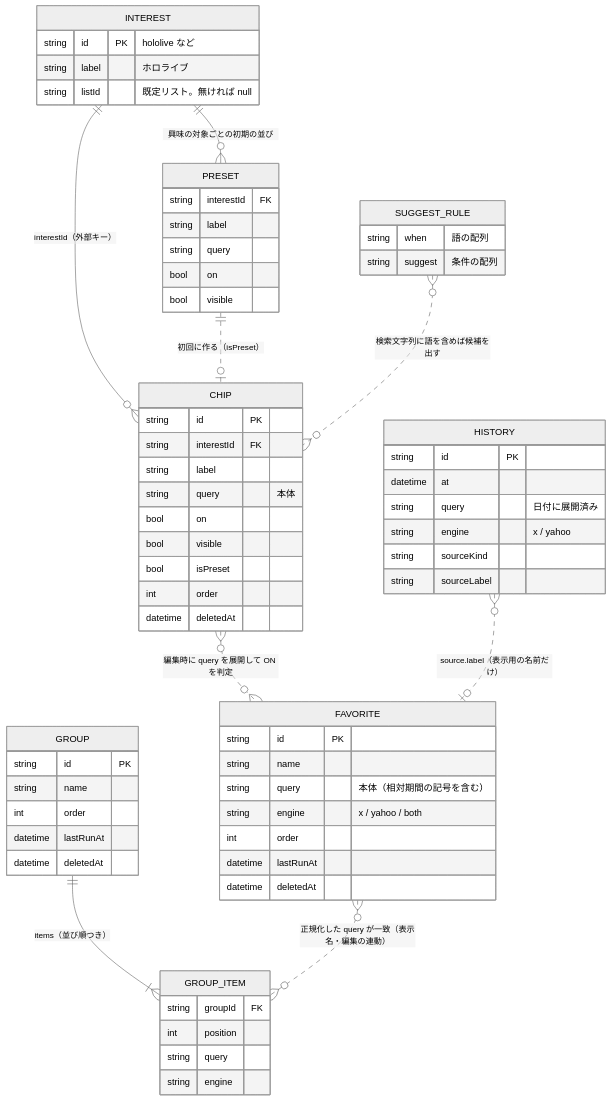
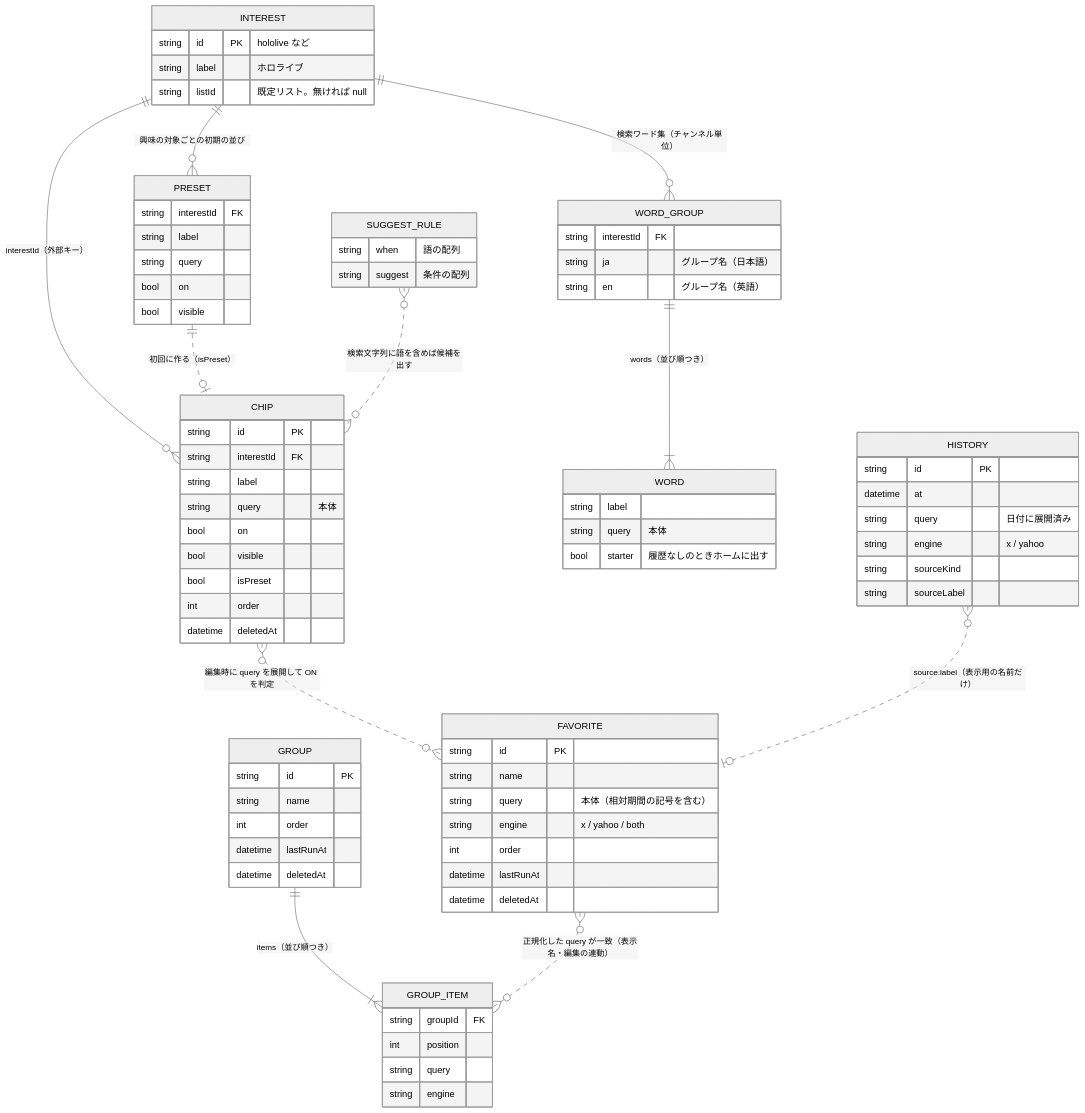
One commit to tanaka1313/egosearchX changed the second of 3 diagrams in docs/requirements.md. Above: the diagram before and after it, drawn with Mermaid (neutral theme). The commit also changed other lines of this file and 6 other files, not shown here.

````diff
--- a/docs/requirements.md
+++ b/docs/requirements.md
@@ -348,69 +352,81 @@
 ```mermaid
 erDiagram
   INTEREST ||--o{ CHIP : "interestId（外部キー）"
   INTEREST ||--o{ PRESET : "興味の対象ごとの初期の並び"
   PRESET ||..o| CHIP : "初回に作る（isPreset）"
+  INTEREST ||--o{ WORD_GROUP : "検索ワード集（チャンネル単位）"
+  WORD_GROUP ||--|{ WORD : "words（並び順つき）"
   GROUP ||--|{ GROUP_ITEM : "items（並び順つき）"
   FAVORITE }o..o{ GROUP_ITEM : "正規化した query が一致（表示名・編集の連動）"
   CHIP }o..o{ FAVORITE : "編集時に query を展開して ON を判定"
   SUGGEST_RULE }o..o{ CHIP : "検索文字列に語を含めば候補を出す"
   HISTORY }o..o| FAVORITE : "source.label（表示用の名前だけ）"
 
   INTEREST {
     string id PK "hololive など"
     string label "ホロライブ"
     string listId "既定リスト。無ければ null"
   }
   PRESET {
     string interestId FK
     string label
     string query
     bool on
     bool visible
   }
   CHIP {
     string id PK
     string interestId FK
     string label
     string query "本体"
     bool on
     bool visible
     bool isPreset
     int order
     datetime deletedAt
   }
   FAVORITE {
     string id PK
     string name
     string query "本体（相対期間の記号を含む）"
     string engine "x / yahoo / both"
     int order
     datetime lastRunAt
     datetime deletedAt
   }
   GROUP {
     string id PK
     string name
     int order
     datetime lastRunAt
     datetime deletedAt
   }
   GROUP_ITEM {
     string groupId FK
     int position
     string query
     string engine
   }
   HISTORY {
     string id PK
     datetime at
     string query "日付に展開済み"
     string engine "x / yahoo"
     string sourceKind
     string sourceLabel
   }
+  WORD_GROUP {
+    string interestId FK
+    string ja "グループ名（日本語）"
+    string en "グループ名（英語）"
+  }
+  WORD {
+    string label
+    string query "本体"
+    bool starter "履歴なしのときホームに出す"
+  }
   SUGGEST_RULE {
     string when "語の配列"
     string suggest "条件の配列"
   }
 ```
````
